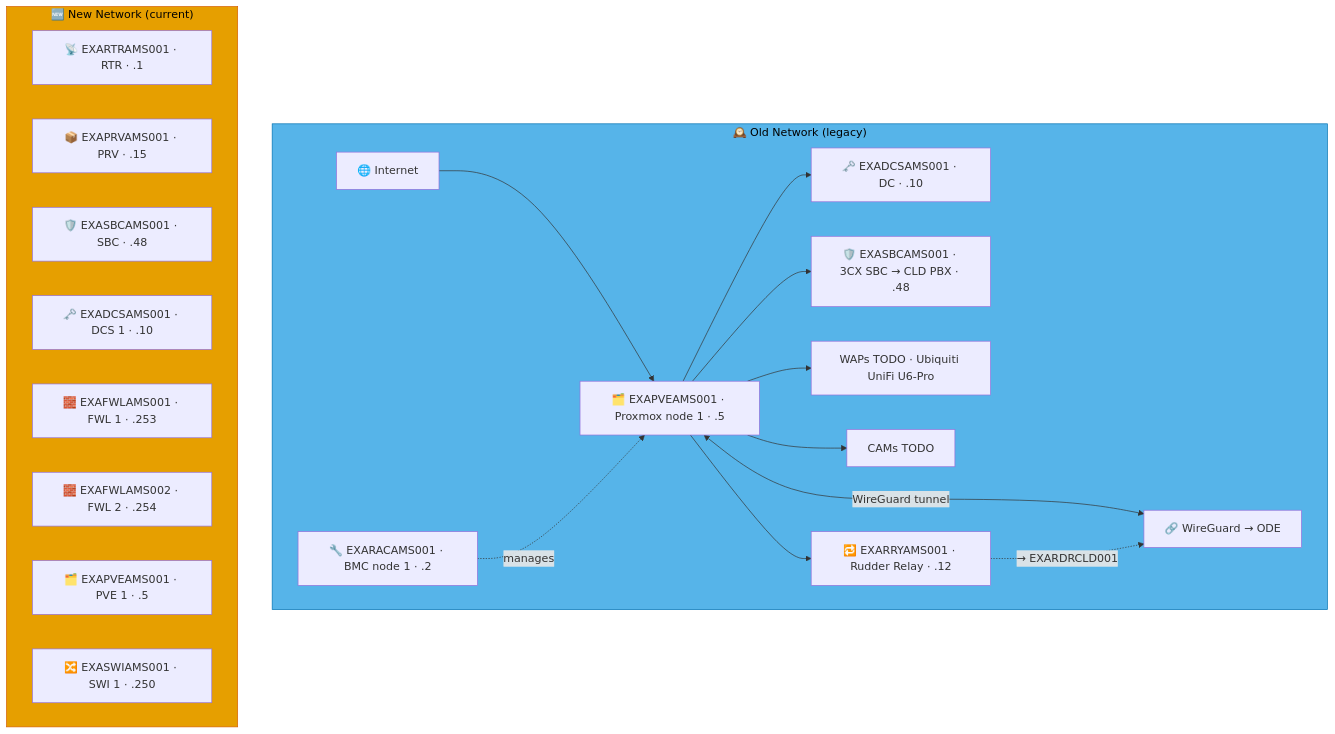
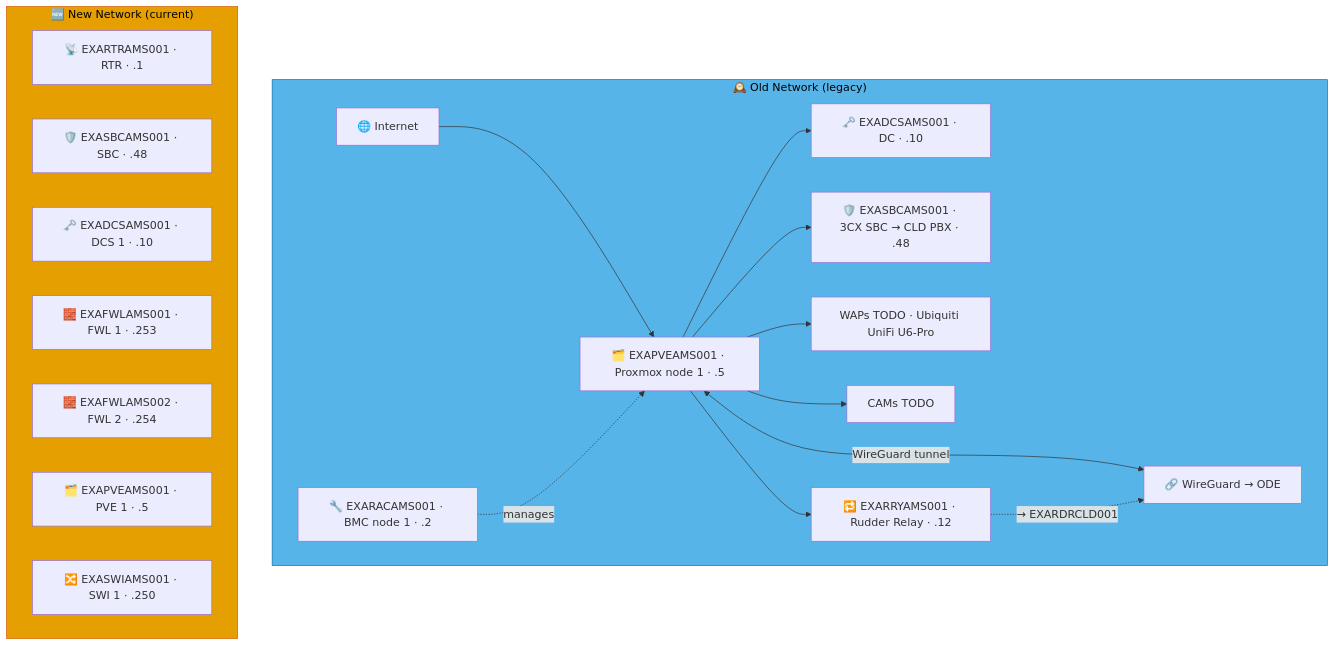
The diagram in docs/network-diagram/nederland.md (knightmare2600/example_music_infra), drawn with Mermaid before and after one commit. The commit also changed 55 other files, not shown here.

````diff
--- a/docs/network-diagram/nederland.md
+++ b/docs/network-diagram/nederland.md
@@ -16,36 +16,35 @@
 ```mermaid
 graph TD
     subgraph OLD_AMS ["🕰️ Old Network (legacy)"]
       INET["🌐 Internet"]
       RAC["🔧 EXARACAMS001 · BMC node 1 · .2"]
       PVE["🗂️ EXAPVEAMS001 · Proxmox node 1 · .5"]
       DC["🗝️ EXADCSAMS001 · DC · .10"]
       SBC["🛡️ EXASBCAMS001 · 3CX SBC → CLD PBX · .48"]
       RRY["🔁 EXARRYAMS001 · Rudder Relay · .12"]
       WAP["WAPs TODO · Ubiquiti UniFi U6-Pro"]
       CAM["CAMs TODO"]
       VPN["🔗 WireGuard → ODE"]
 
       INET --> PVE --> DC & SBC
       RAC -.->|"manages"| PVE
       PVE --> WAP & CAM
       PVE <-->|"WireGuard tunnel"| VPN
 
       PVE --> RRY
       RRY -. "→ EXARDRCLD001" .-> VPN
     end
     style OLD_AMS fill:#56B4E9,stroke:#0072B2,color:#000000
     %% GENERATED:NEW-NETWORK:AMS:START
     subgraph NEW_AMS ["🆕 New Network (current)"]
       N_RTR["📡 EXARTRAMS001 · RTR · .1"]
-      N_PRV["📦 EXAPRVAMS001 · PRV · .15"]
       N_SBC["🛡️ EXASBCAMS001 · SBC · .48"]
       N_DCS["🗝️ EXADCSAMS001 · DCS 1 · .10"]
       N_FWL["🧱 EXAFWLAMS001 · FWL 1 · .253"]
       N_FWL2["🧱 EXAFWLAMS002 · FWL 2 · .254"]
       N_PVE["🗂️ EXAPVEAMS001 · PVE 1 · .5"]
       N_SWI["🔀 EXASWIAMS001 · SWI 1 · .250"]
     end
     style NEW_AMS fill:#E69F00,stroke:#D55E00,color:#000000
     %% GENERATED:NEW-NETWORK:AMS:END
 ```
````
